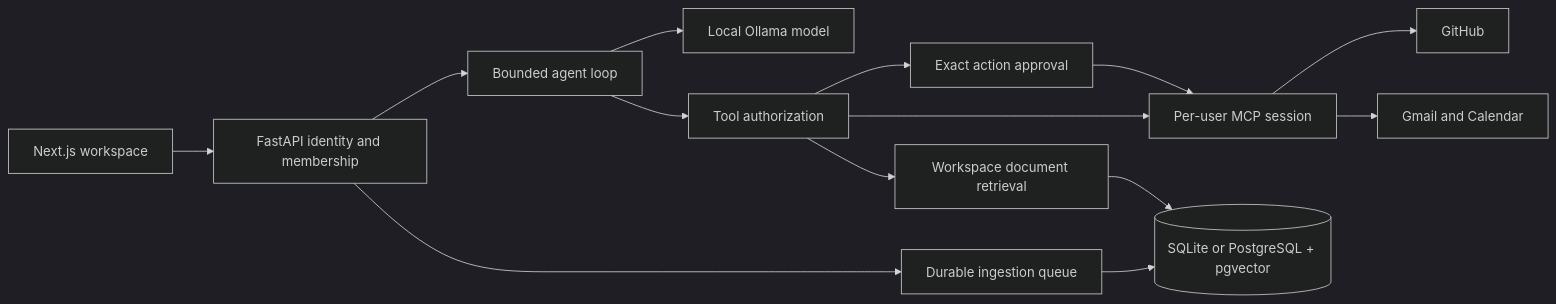
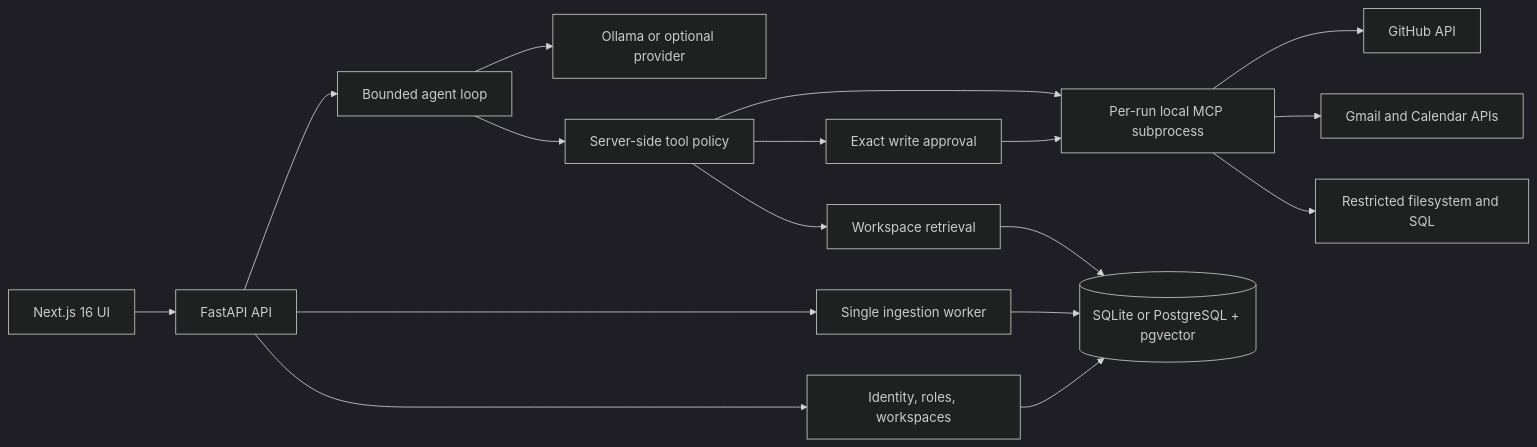
Before and after one commit to virinchisai/sentinel-ai: the diagram in README.md, drawn with Mermaid (dark theme). The commit also changed other lines of this file, not shown here.

````diff
--- a/README.md
+++ b/README.md
@@ -469,16 +51,19 @@
 ```mermaid
 flowchart LR
-    UI[Next.js workspace] --> API[FastAPI identity and membership]
+    Browser[Next.js 16 UI] --> API[FastAPI API]
+    API --> Auth[Identity, roles, workspaces]
     API --> Agent[Bounded agent loop]
-    Agent --> Ollama[Local Ollama model]
-    Agent --> Policy[Tool authorization]
-    Policy --> Read[Workspace document retrieval]
-    Policy --> Approval[Exact action approval]
-    Approval --> MCP[Per-user MCP session]
-    Policy --> MCP
-    MCP --> GitHub[GitHub]
-    MCP --> Google[Gmail and Calendar]
-    Read --> DB[(SQLite or PostgreSQL + pgvector)]
-    API --> Jobs[Durable ingestion queue]
+    API --> Jobs[Single ingestion worker]
+    Agent --> Model[Ollama or optional provider]
+    Agent --> Policy[Server-side tool policy]
+    Policy --> Retrieval[Workspace retrieval]
+    Policy --> Approval[Exact write approval]
+    Policy --> MCP[Per-run local MCP subprocess]
+    Approval --> MCP
+    MCP --> GitHub[GitHub API]
+    MCP --> Google[Gmail and Calendar APIs]
+    MCP --> Host[Restricted filesystem and SQL]
+    Retrieval --> DB[(SQLite or PostgreSQL + pgvector)]
     Jobs --> DB
+    Auth --> DB
 ```
````
